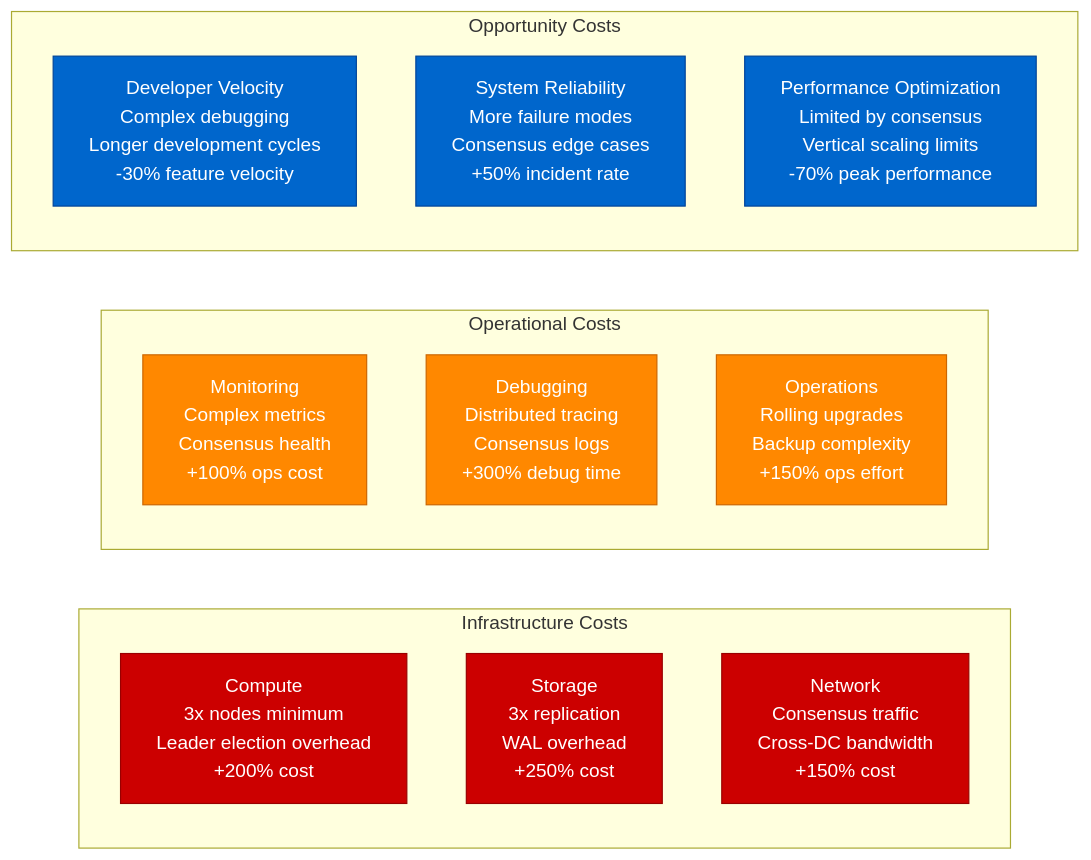
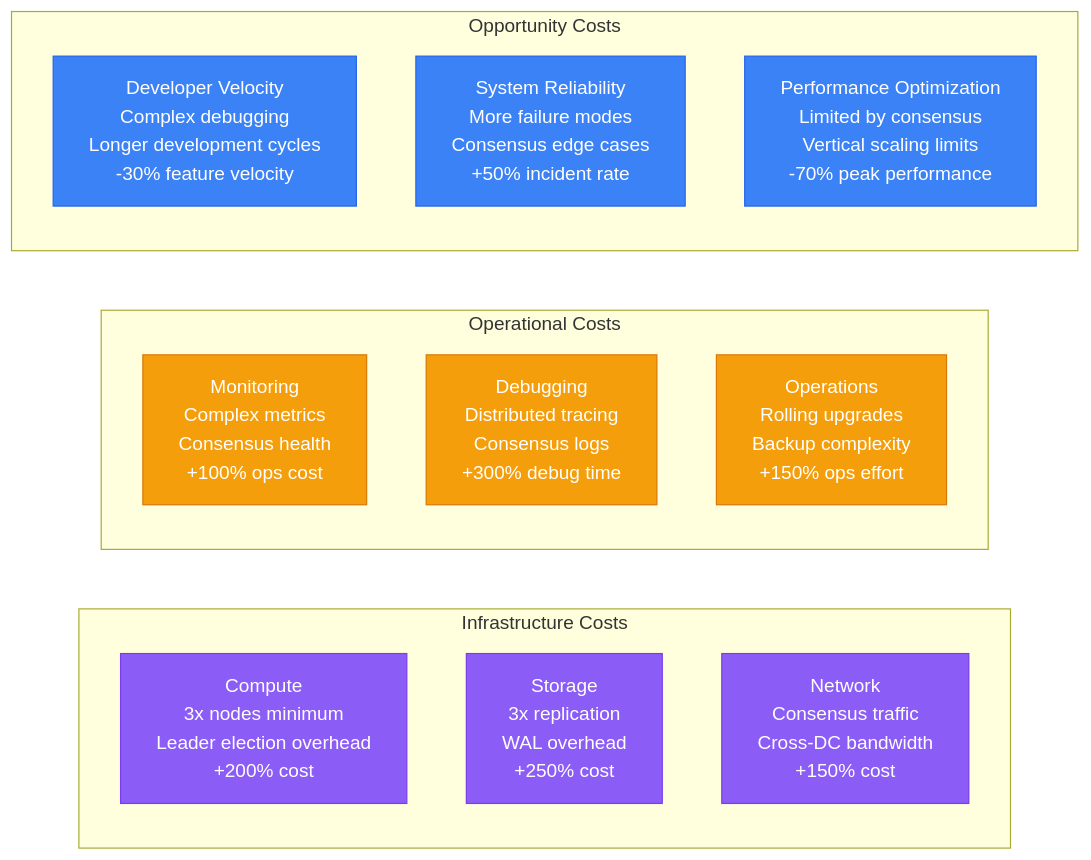
Before and after one commit to deepaucksharma/DS: the eighth of 10 diagrams in site/docs/guarantees/linearizability/linearizability-performance.md, drawn with Mermaid. The commit also changed other lines of this file and 303 other files, not shown here.

````diff
--- a/site/docs/guarantees/linearizability/linearizability-performance.md
+++ b/site/docs/guarantees/linearizability/linearizability-performance.md
@@ -284,28 +284,28 @@
 ```mermaid
 graph LR
     subgraph InfrastructureCosts[Infrastructure Costs]
         IC1[Compute<br/>3x nodes minimum<br/>Leader election overhead<br/>+200% cost]
         IC2[Storage<br/>3x replication<br/>WAL overhead<br/>+250% cost]
         IC3[Network<br/>Consensus traffic<br/>Cross-DC bandwidth<br/>+150% cost]
     end
 
     subgraph OperationalCosts[Operational Costs]
         OC1[Monitoring<br/>Complex metrics<br/>Consensus health<br/>+100% ops cost]
         OC2[Debugging<br/>Distributed tracing<br/>Consensus logs<br/>+300% debug time]
         OC3[Operations<br/>Rolling upgrades<br/>Backup complexity<br/>+150% ops effort]
     end
 
     subgraph OpportunityCosts[Opportunity Costs]
         OCC1[Developer Velocity<br/>Complex debugging<br/>Longer development cycles<br/>-30% feature velocity]
         OCC2[System Reliability<br/>More failure modes<br/>Consensus edge cases<br/>+50% incident rate]
         OCC3[Performance Optimization<br/>Limited by consensus<br/>Vertical scaling limits<br/>-70% peak performance]
     end
 
-    classDef infraStyle fill:#CC0000,stroke:#990000,color:#fff
-    classDef opsStyle fill:#FF8800,stroke:#CC6600,color:#fff
-    classDef opportunityStyle fill:#0066CC,stroke:#004499,color:#fff
+    classDef infraStyle fill:#8B5CF6,stroke:#7C3AED,color:#fff
+    classDef opsStyle fill:#F59E0B,stroke:#D97706,color:#fff
+    classDef opportunityStyle fill:#3B82F6,stroke:#2563EB,color:#fff
 
     class IC1,IC2,IC3 infraStyle
     class OC1,OC2,OC3 opsStyle
     class OCC1,OCC2,OCC3 opportunityStyle
 ```
````
